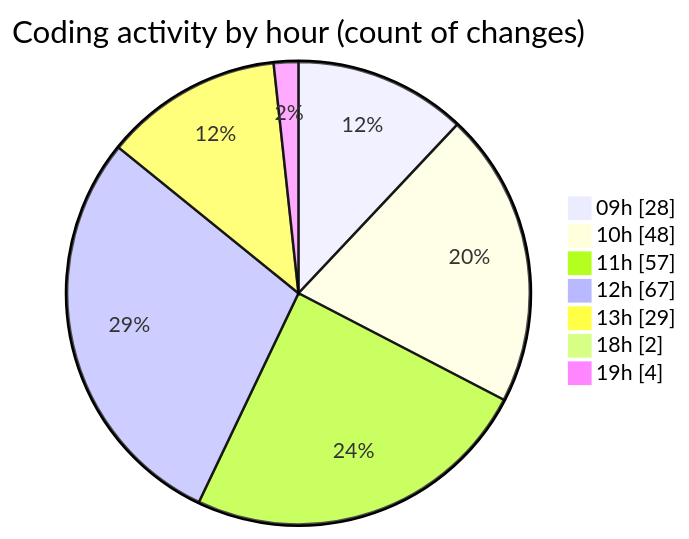
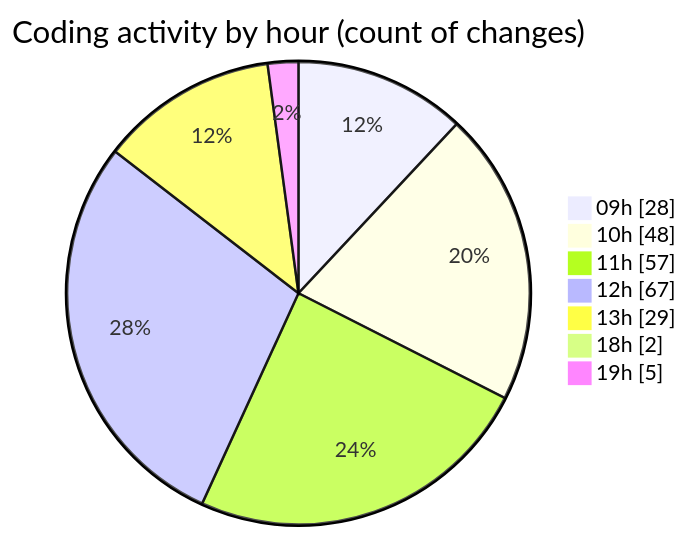
One commit to momahboobian/code-tracking changed the second of 2 diagrams in 2026-07-30/cda/README.md. Above: the diagram before and after it, drawn with Mermaid. The commit also changed other lines of this file and 1 other file, not shown here.

````diff
--- a/2026-07-30/cda/README.md
+++ b/2026-07-30/cda/README.md
@@ -69,11 +69,11 @@
 ```mermaid
 pie showData
 title Coding activity by hour (count of changes)
 "09h" : 28
 "10h" : 48
 "11h" : 57
 "12h" : 67
 "13h" : 29
 "18h" : 2
-"19h" : 4
+"19h" : 5
 ```
````
